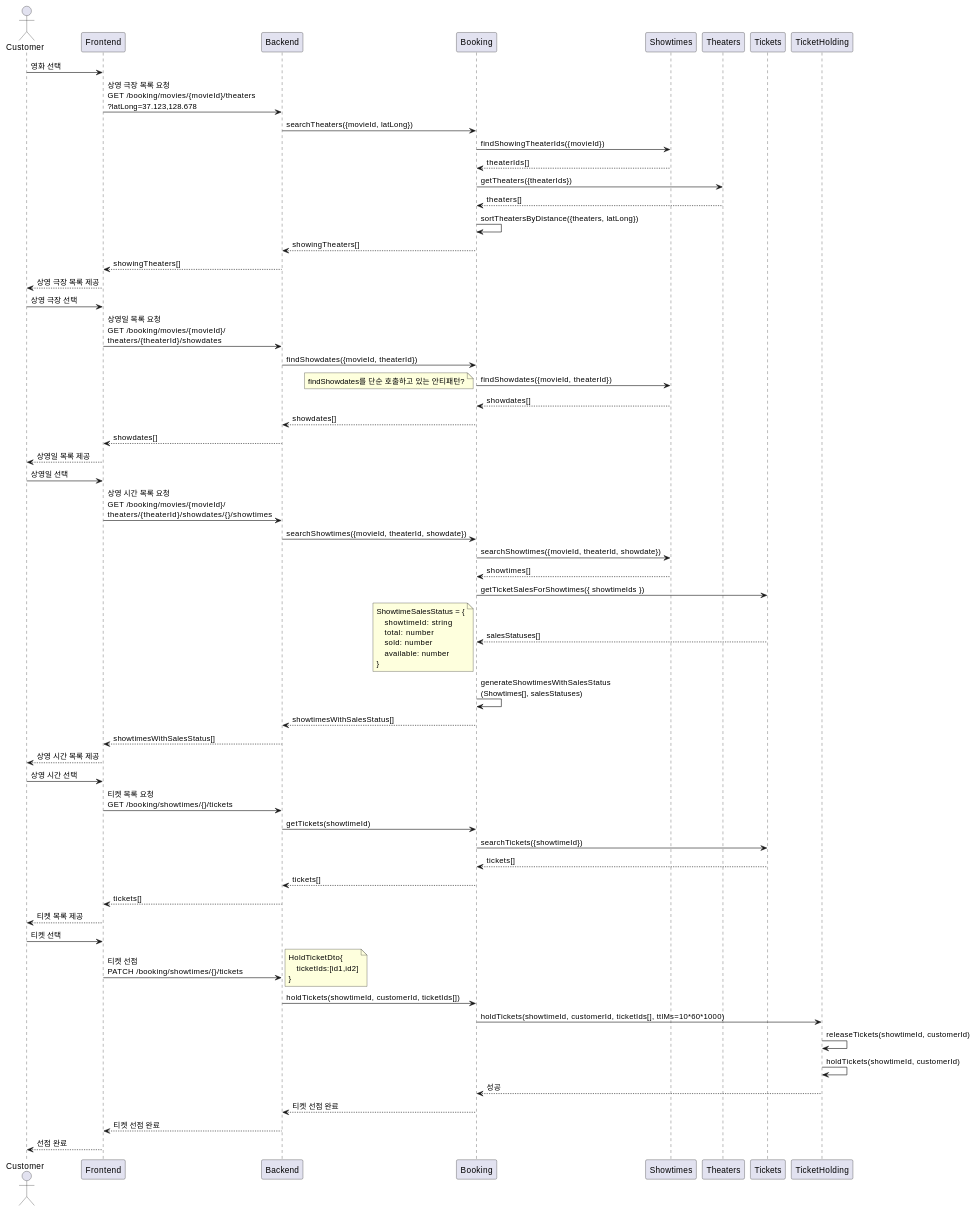
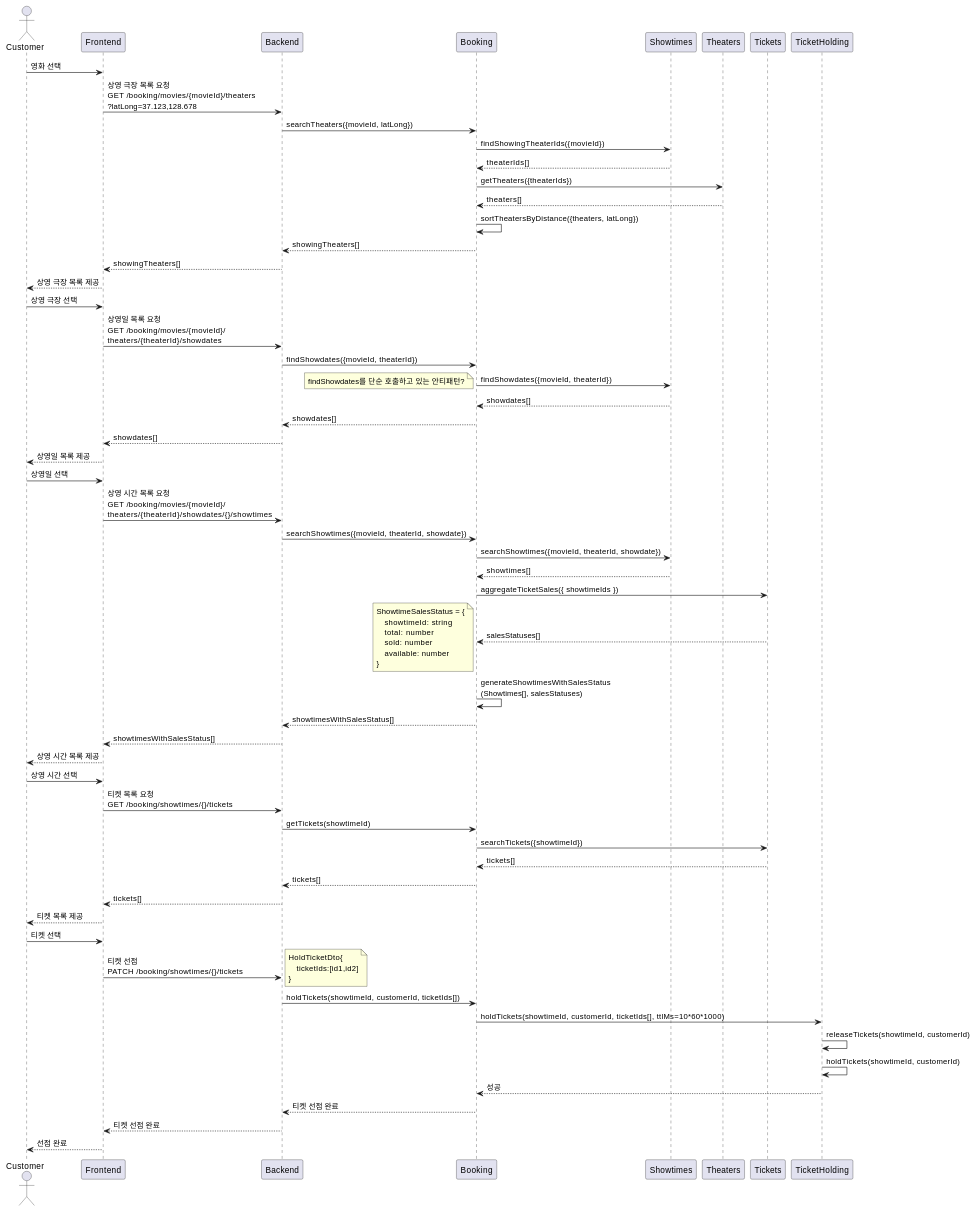
One commit to mannercode/nest-seed changed the second of 4 diagrams in docs/en/designs/tickets-purchase.md. Above: the diagram before and after it, drawn with PlantUML. The commit also changed 11 other files, not shown here.

Commit message:
feat: rename getTicketSalesForShowtimes to aggregateTicketSales and update related references

````diff
--- a/docs/en/designs/tickets-purchase.md
+++ b/docs/en/designs/tickets-purchase.md
@@ -106,74 +106,74 @@
 ```plantuml
 @startuml
 actor Customer
 
 Customer -> Frontend: 영화 선택
     Frontend -> Backend: 상영 극장 목록 요청\nGET /booking/movies/{movieId}/theaters\n?latLong=37.123,128.678
         Backend -> Booking: searchTheaters({movieId, latLong})
             Booking -> Showtimes: findShowingTheaterIds({movieId})
             Booking <-- Showtimes: theaterIds[]
             Booking -> Theaters: getTheaters({theaterIds})
             Booking <-- Theaters: theaters[]
             Booking -> Booking: sortTheatersByDistance({theaters, latLong})
         Backend <-- Booking: showingTheaters[]
     Frontend <-- Backend: showingTheaters[]
 Customer <-- Frontend: 상영 극장 목록 제공
 
 Customer -> Frontend: 상영 극장 선택
     Frontend -> Backend: 상영일 목록 요청\nGET /booking/movies/{movieId}/\ntheaters/{theaterId}/showdates
         Backend -> Booking: findShowdates({movieId, theaterId})
             Booking -> Showtimes: findShowdates({movieId, theaterId})
                 note left
                 findShowdates를 단순 호출하고 있는 안티패턴?
                 end note
             Booking <-- Showtimes: showdates[]
         Backend <-- Booking: showdates[]
     Frontend <-- Backend: showdates[]
 Customer <-- Frontend: 상영일 목록 제공
 
 Customer -> Frontend: 상영일 선택
     Frontend -> Backend: 상영 시간 목록 요청\nGET /booking/movies/{movieId}/\ntheaters/{theaterId}/showdates/{}/showtimes
         Backend -> Booking: searchShowtimes({movieId, theaterId, showdate})
             Booking -> Showtimes: searchShowtimes({movieId, theaterId, showdate})
             Booking <-- Showtimes: showtimes[]
-            Booking -> Tickets: getTicketSalesForShowtimes({ showtimeIds })
+            Booking -> Tickets: aggregateTicketSales({ showtimeIds })
             Booking <-- Tickets: salesStatuses[]
             note left
             ShowtimeSalesStatus = {
                 showtimeId: string
                 total: number
                 sold: number
                 available: number
             }
             end note
             Booking -> Booking: generateShowtimesWithSalesStatus\n(Showtimes[], salesStatuses)
         Backend <-- Booking: showtimesWithSalesStatus[]
     Frontend <-- Backend: showtimesWithSalesStatus[]
 Customer <-- Frontend: 상영 시간 목록 제공
 
 Customer -> Frontend: 상영 시간 선택
     Frontend -> Backend: 티켓 목록 요청\nGET /booking/showtimes/{}/tickets
         Backend -> Booking: getTickets(showtimeId)
             Booking -> Tickets: searchTickets({showtimeId})
             Booking <-- Tickets: tickets[]
         Backend <-- Booking: tickets[]
     Frontend <-- Backend: tickets[]
 Customer <-- Frontend: 티켓 목록 제공
 
 Customer -> Frontend: 티켓 선택
     Frontend -> Backend: 티켓 선점\nPATCH /booking/showtimes/{}/tickets
         note right
             HoldTicketDto{
                 ticketIds:[id1,id2]
             }
         end note
         Backend -> Booking: holdTickets(showtimeId, customerId, ticketIds[])
             Booking -> TicketHolding: holdTickets(showtimeId, customerId, ticketIds[], ttlMs=10*60*1000)
                 TicketHolding -> TicketHolding: releaseTickets(showtimeId, customerId)
                 TicketHolding -> TicketHolding: holdTickets(showtimeId, customerId)
             Booking <-- TicketHolding: 성공
         Backend <-- Booking: 티켓 선점 완료
     Frontend <-- Backend: 티켓 선점 완료
 Customer <-- Frontend: 선점 완료
 @enduml
 ```
````
